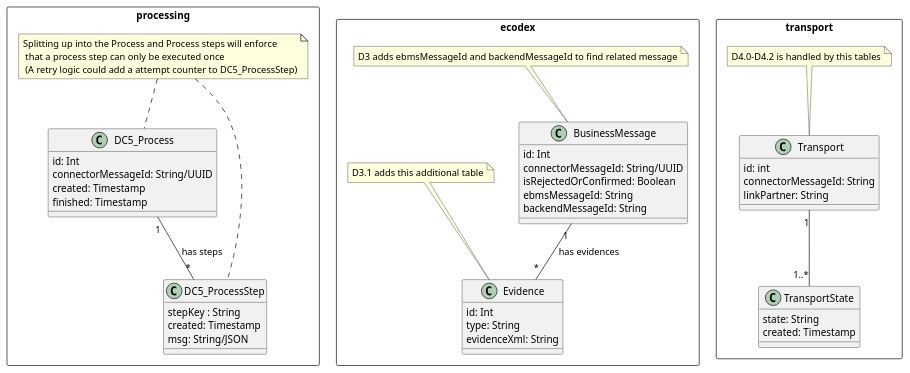
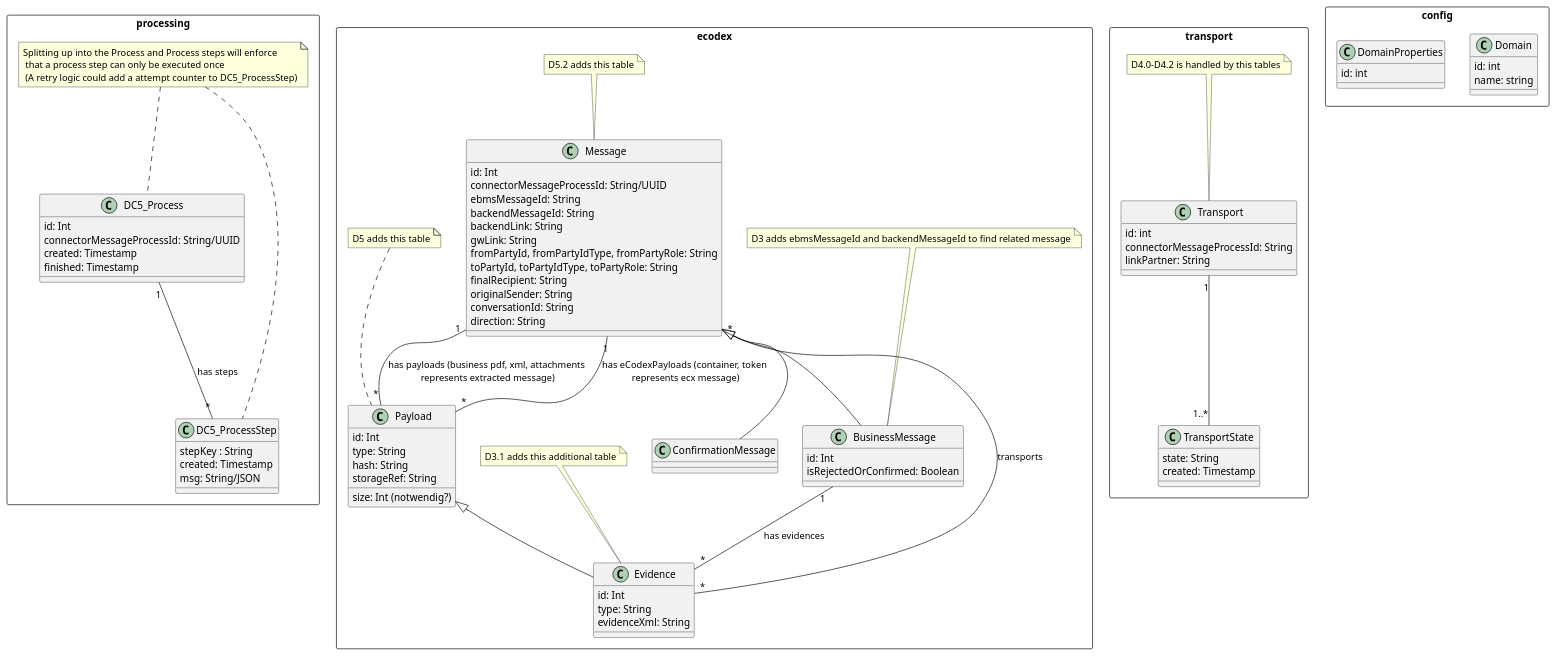
Before and after one commit to muell16/domibusConnector: the diagram in domibusConnector/domibusConnectorDocumentation/src/asciidoc/doc/architecture/connector5/entity_items/data_model_draft.adoc, drawn with PlantUML. The commit also changed other lines of this file, not shown here.

```diff
--- a/domibusConnector/domibusConnectorDocumentation/src/asciidoc/doc/architecture/connector5/entity_items/data_model_draft.adoc
+++ b/domibusConnector/domibusConnectorDocumentation/src/asciidoc/doc/architecture/connector5/entity_items/data_model_draft.adoc
@@ -83,7 +89,7 @@
 class DC5_Process
 {
   id: Int
-  connectorMessageId: String/UUID
+  connectorMessageProcessId: String/UUID
   created: Timestamp
   finished: Timestamp
 }
@@ -108,13 +114,35 @@
 
 package ecodex <<rectangle>> {
 
+note "D5.2 adds this table" as N5
+N5 .. Message
+
+class Message {
+  id: Int
+  connectorMessageProcessId: String/UUID
+  ebmsMessageId: String
+  backendMessageId: String
+  backendLink: String
+  gwLink: String
+  fromPartyId, fromPartyIdType, fromPartyRole: String
+  toPartyId, toPartyIdType, toPartyRole: String
+  finalRecipient: String
+  originalSender: String
+  conversationId: String
+  direction: String
+}
+
 class BusinessMessage {
   id: Int
-  connectorMessageId: String/UUID
   isRejectedOrConfirmed: Boolean
-  ebmsMessageId: String
-  backendMessageId: String
 }
+
+Message ^-- BusinessMessage
+Message ^-- ConfirmationMessage
+
+Message "*" -- "*" Evidence : transports
+
+Payload ^-- Evidence
 
 class Evidence {
   id: Int
@@ -122,13 +150,29 @@
   evidenceXml: String
 }
 
+class Payload {
+  id: Int
+  type: String
+  hash: String
+  storageRef: String
+  size: Int (notwendig?)
+}
+
 BusinessMessage "1" -- "*" Evidence : has evidences
+
+Message "1" -- "*" Payload : has payloads (business pdf, xml, attachments\n represents extracted message)
+Message "1" -- "*" Payload : has eCodexPayloads (container, token\n represents ecx message)
+
+
 
 note "D3 adds ebmsMessageId and backendMessageId to find related message" as N2
 N2 .. BusinessMessage
 
 note "D3.1 adds this additional table" as N3
 N3 .. Evidence
+
+note "D5 adds this table" as N4
+N4 .. Payload
 
 }
 
@@ -138,7 +182,7 @@
 
 class Transport {
   id: int
-  connectorMessageId: String
+  connectorMessageProcessId: String
   linkPartner: String
 }
 
@@ -152,11 +196,27 @@
 note top of Transport: D4.0-D4.2 is handled by this tables
 
 
+
 }
 
 
 
 
 
+package config <<rectangle>> {
+
+class Domain {
+ id: int
+ name: string
+}
+
+class DomainProperties {
+  id: int
+}
+
+}
+
+
+
 @enduml
 ----
```
